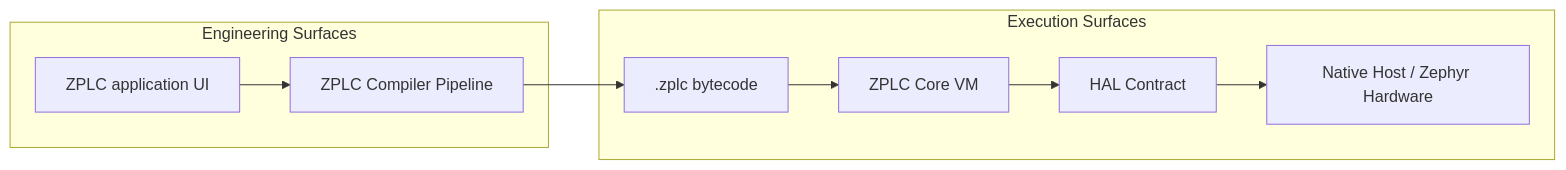
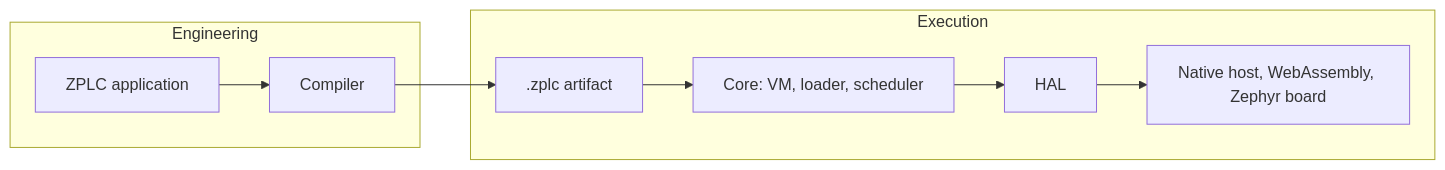
Before and after one commit to eduardojvieira/ZPLC: the diagram in docs/docs/architecture/index.md, drawn with Mermaid. The commit also changed other lines of this file and 11 other files, not shown here.

Commit message:
docs(runtime): rewrite the architecture, runtime overview, scheduler, memory model, persistence and HAL pages

````diff
--- a/docs/docs/architecture/index.md
+++ b/docs/docs/architecture/index.md
@@ -18,20 +16,20 @@
 ```mermaid
 flowchart LR
-  subgraph Engineering[Engineering Surfaces]
-    IDE[ZPLC application UI]
-    COMPILER[ZPLC Compiler Pipeline]
+  subgraph Engineering[Engineering]
+    APP[ZPLC application]
+    COMPILER[Compiler]
   end
 
-  subgraph Execution[Execution Surfaces]
-    BYTECODE[.zplc bytecode]
-    VM[ZPLC Core VM]
-    HAL[HAL Contract]
-    TARGETS[Native Host / Zephyr Hardware]
+  subgraph Execution[Execution]
+    ARTIFACT[.zplc artifact]
+    CORE[Core: VM, loader, scheduler]
+    HAL[HAL]
+    TARGET[Native host, WebAssembly, Zephyr board]
   end
 
-  IDE --> COMPILER
-  COMPILER --> BYTECODE
-  BYTECODE --> VM
-  VM --> HAL
-  HAL --> TARGETS
+  APP --> COMPILER
+  COMPILER --> ARTIFACT
+  ARTIFACT --> CORE
+  CORE --> HAL
+  HAL --> TARGET
 ```
````
